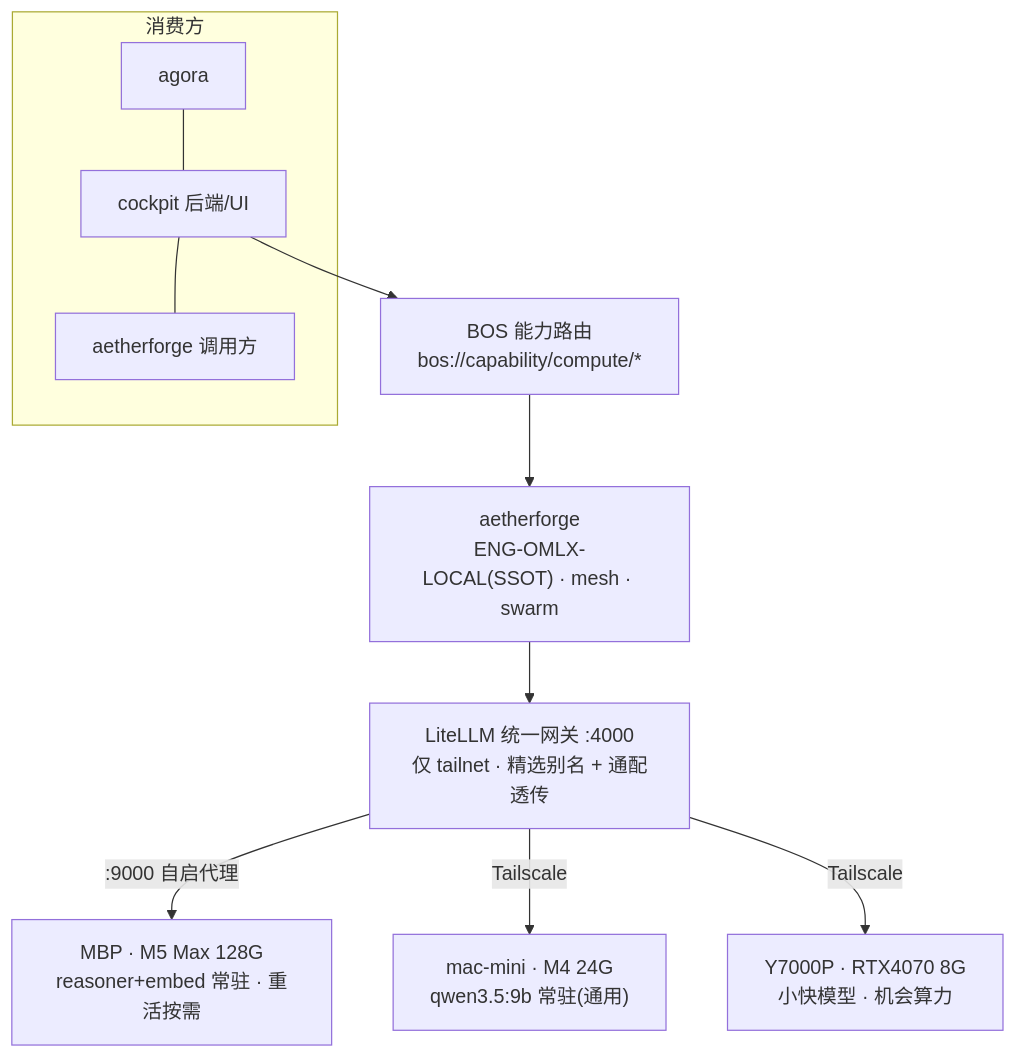
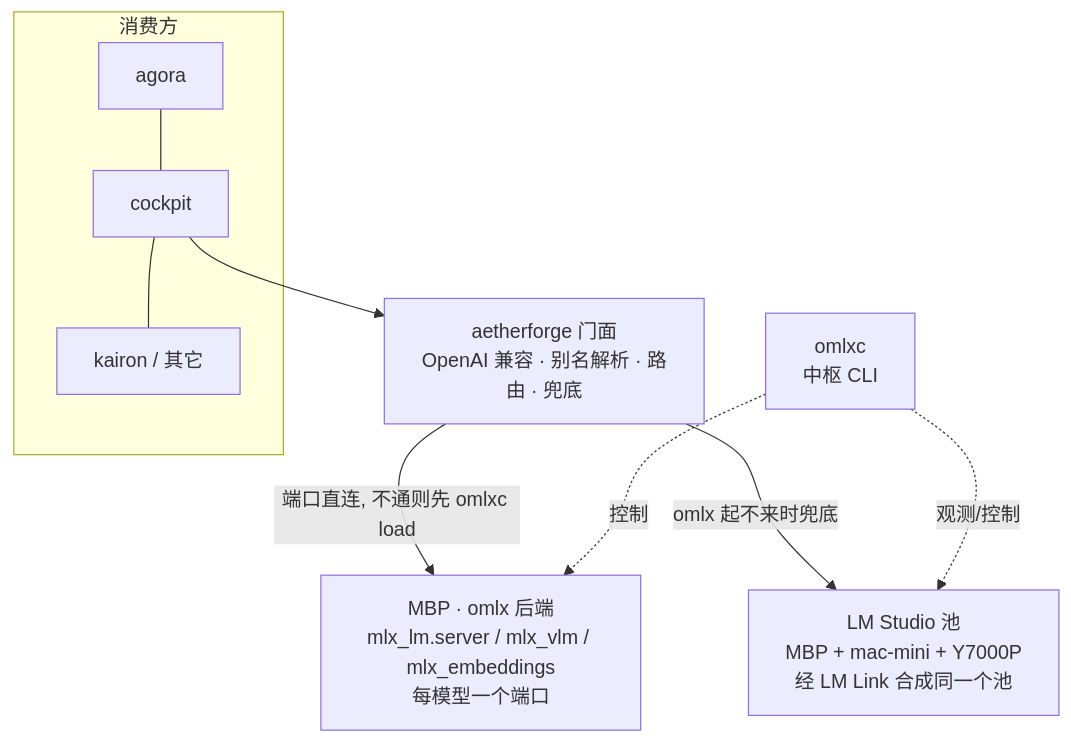
One commit to starlink-awaken/omostation changed the diagram in docs/local-compute/omlx-cluster-architecture.md. Above: the diagram before and after it, drawn with Mermaid. The commit also changed other lines of this file and 1 other file, not shown here.

First line of the commit message:
docs(local-compute): 重写为 omlxc 中枢形态 + 把 LM Studio 与门面纳入服务注册

````diff
--- a/docs/local-compute/omlx-cluster-architecture.md
+++ b/docs/local-compute/omlx-cluster-architecture.md
@@ -17,12 +16,11 @@
 ```mermaid
 flowchart TD
   subgraph 消费方
-    A1[agora] --- A2[cockpit 后端/UI] --- A3[aetherforge 调用方]
+    A1[agora] --- A2[cockpit] --- A3[kairon / 其它]
   end
-  A2 --> BOS["BOS 能力路由<br/>bos://capability/compute/*"]
-  BOS --> AF["aetherforge<br/>ENG-OMLX-LOCAL(SSOT) · mesh · swarm"]
-  AF --> GW["LiteLLM 统一网关 :4000<br/>仅 tailnet · 精选别名 + 通配透传"]
-  GW -->|:9000 自启代理| MBP["MBP · M5 Max 128G<br/>reasoner+embed 常驻 · 重活按需"]
-  GW -->|Tailscale| MM["mac-mini · M4 24G<br/>qwen3.5:9b 常驻(通用)"]
-  GW -->|Tailscale| Y7["Y7000P · RTX4070 8G<br/>小快模型 · 机会算力"]
+  A2 --> AF["aetherforge 门面<br/>OpenAI 兼容 · 别名解析 · 路由 · 兜底"]
+  AF -->|端口直连, 不通则先 omlxc load| OMLX["MBP · omlx 后端<br/>mlx_lm.server / mlx_vlm / mlx_embeddings<br/>每模型一个端口"]
+  AF -->|omlx 起不来时兜底| LMS["LM Studio 池<br/>MBP + mac-mini + Y7000P<br/>经 LM Link 合成同一个池"]
+  CLI["omlxc<br/>中枢 CLI"] -.控制.-> OMLX
+  CLI -.观测/控制.-> LMS
 ```
````
